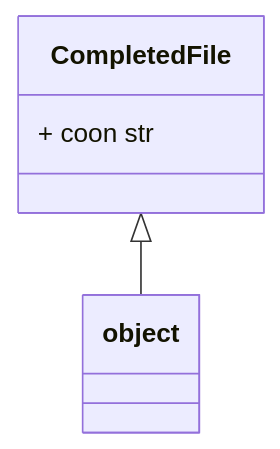
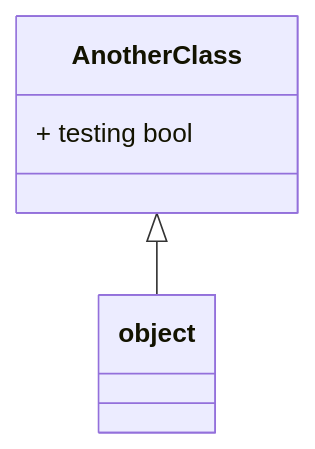
Before and after one commit to kesler20/draw-uml-backend: the first of 2 diagrams in output/design_doc.md, drawn with Mermaid. The commit also changed other lines of this file and 15 other files, not shown here.

````diff
--- a/output/design_doc.md
+++ b/output/design_doc.md
@@ -3,5 +3,5 @@
 ```mermaid
 classDiagram
-   CompletedFile <|-- object
-   CompletedFile : + coon str
+   AnotherClass <|-- object
+   AnotherClass : + testing bool
 ```
````
